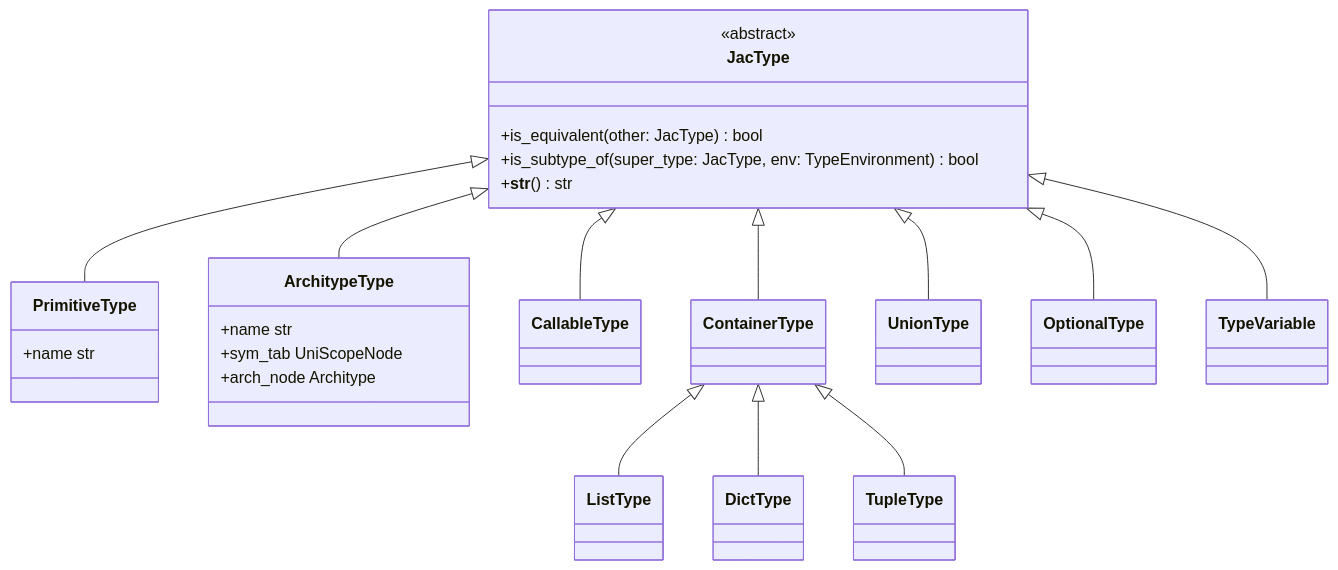
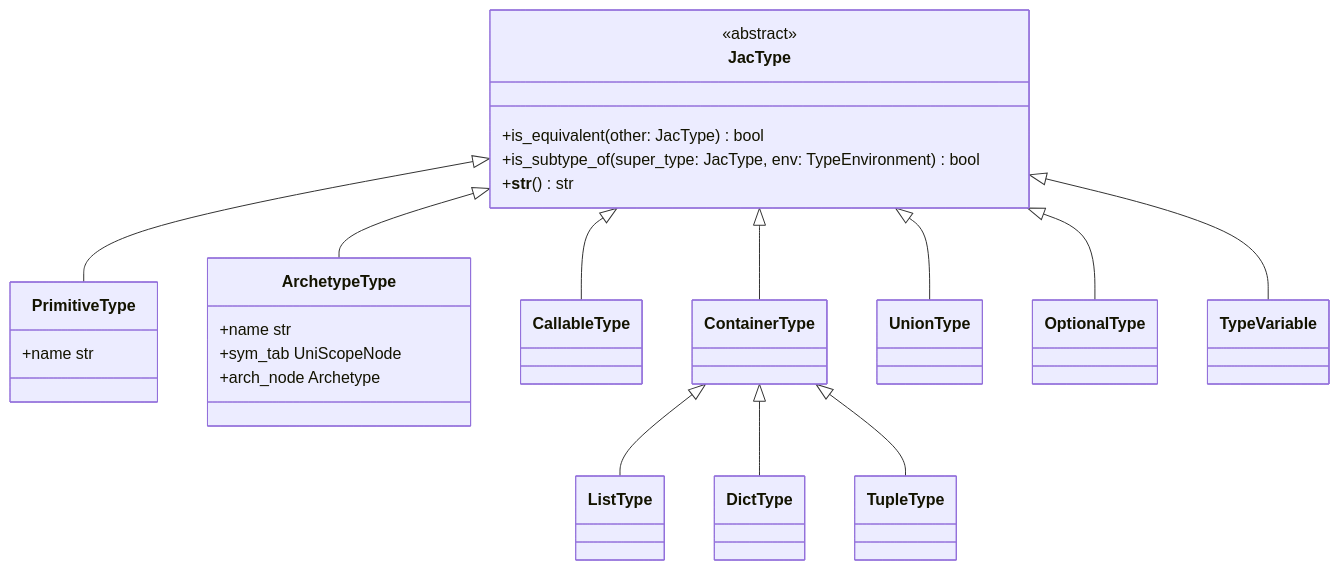
The second of 4 diagrams in docs/docs/internals/planning_specs/native_type_system/architecture.md (Jaseci-Labs/jaseci), drawn with Mermaid before and after one commit. The commit also changed other lines of this file and 85 other files, not shown here.

````diff
--- a/docs/docs/internals/planning_specs/native_type_system/architecture.md
+++ b/docs/docs/internals/planning_specs/native_type_system/architecture.md
@@ -32,30 +32,30 @@
 ```mermaid
 classDiagram
     JacType <|-- PrimitiveType
-    JacType <|-- ArchitypeType
+    JacType <|-- ArchetypeType
     JacType <|-- CallableType
     JacType <|-- ContainerType
     JacType <|-- UnionType
     JacType <|-- OptionalType
     JacType <|-- TypeVariable
     ContainerType <|-- ListType
     ContainerType <|-- DictType
     ContainerType <|-- TupleType
 
     class JacType {
         <<abstract>>
         +is_equivalent(other: JacType) bool
         +is_subtype_of(super_type: JacType, env: TypeEnvironment) bool
         +__str__() str
     }
 
     class PrimitiveType {
         +name str
     }
 
-    class ArchitypeType {
+    class ArchetypeType {
         +name str
         +sym_tab UniScopeNode
-        +arch_node Architype
+        +arch_node Archetype
     }
 ```
````
